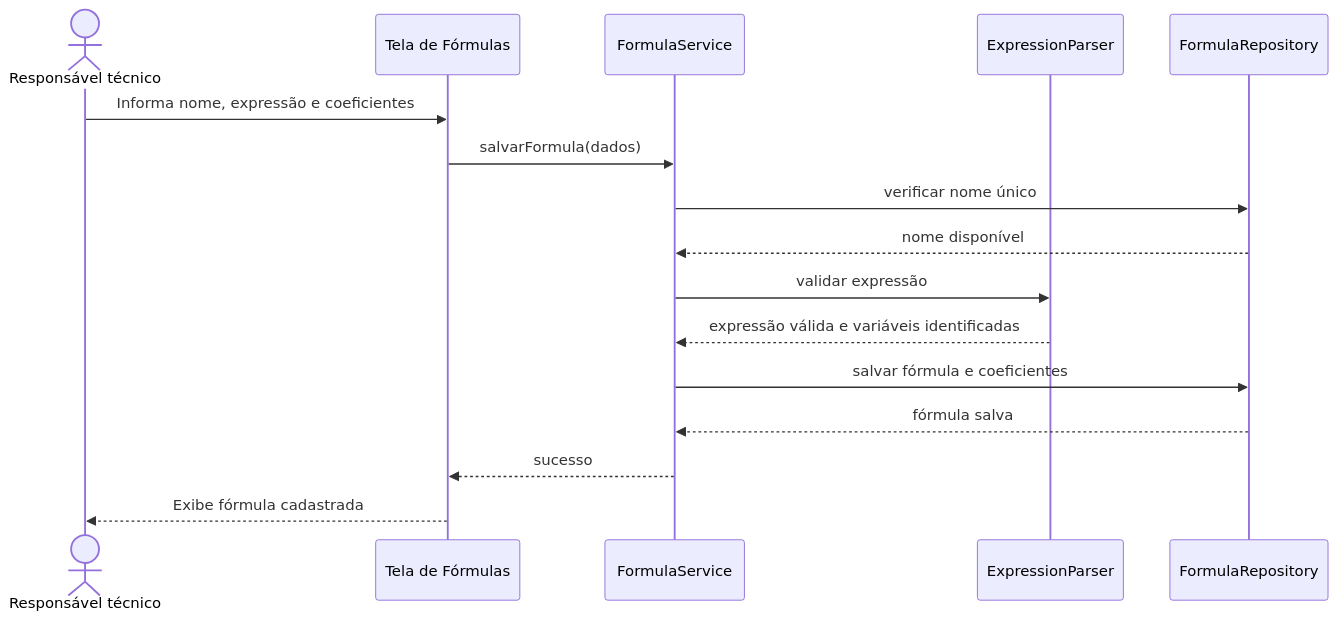
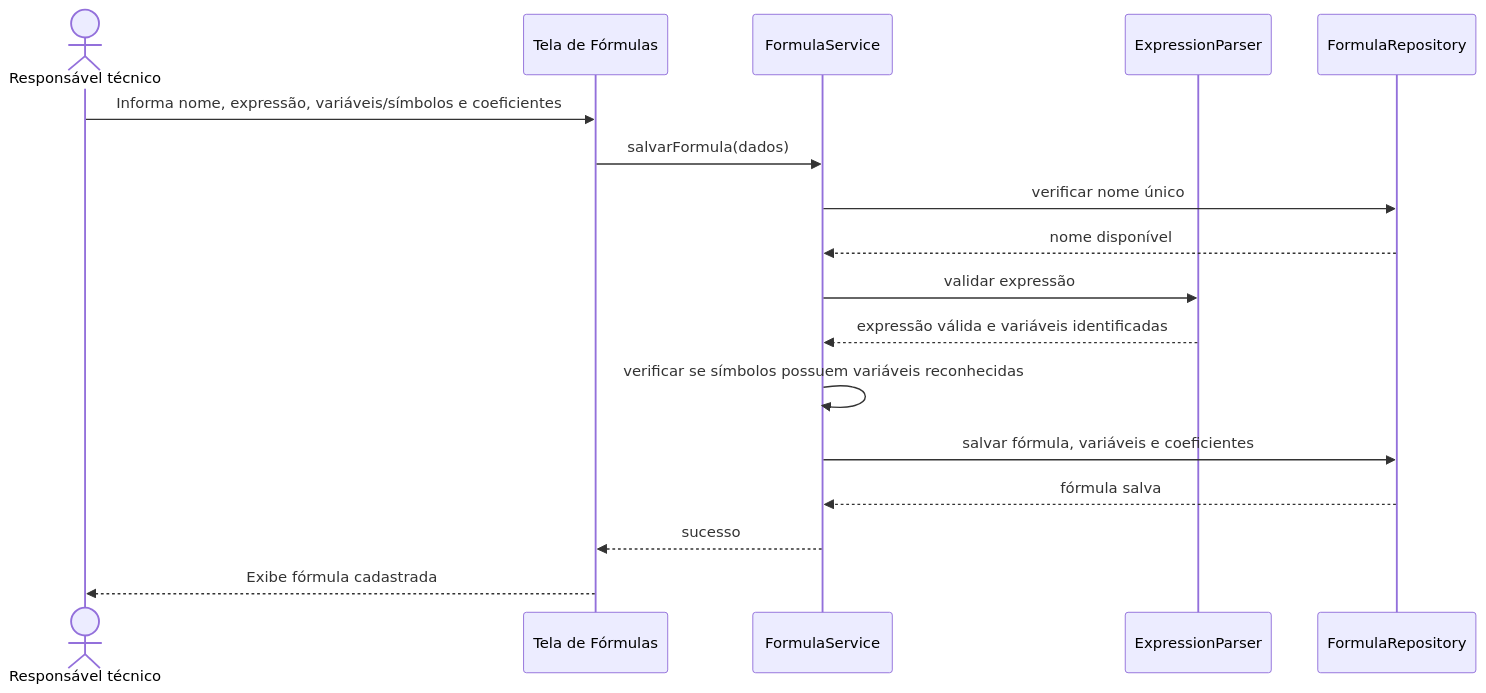
One commit to mateushernandes10-droid/dendro_mobile changed the ninth of 10 diagrams in tcc_codex_context/docs/ENGINEERING_MODELS.md. Above: the diagram before and after it, drawn with Mermaid. The commit also changed other lines of this file and 40 other files, not shown here.

````diff
--- a/tcc_codex_context/docs/ENGINEERING_MODELS.md
+++ b/tcc_codex_context/docs/ENGINEERING_MODELS.md
@@ -633,19 +759,20 @@
 ```mermaid
 sequenceDiagram
     actor Usuario as Responsável técnico
     participant Tela as Tela de Fórmulas
     participant Service as FormulaService
     participant Parser as ExpressionParser
     participant Repo as FormulaRepository
 
-    Usuario->>Tela: Informa nome, expressão e coeficientes
+    Usuario->>Tela: Informa nome, expressão, variáveis/símbolos e coeficientes
     Tela->>Service: salvarFormula(dados)
     Service->>Repo: verificar nome único
     Repo-->>Service: nome disponível
     Service->>Parser: validar expressão
     Parser-->>Service: expressão válida e variáveis identificadas
-    Service->>Repo: salvar fórmula e coeficientes
+    Service->>Service: verificar se símbolos possuem variáveis reconhecidas
+    Service->>Repo: salvar fórmula, variáveis e coeficientes
     Repo-->>Service: fórmula salva
     Service-->>Tela: sucesso
     Tela-->>Usuario: Exibe fórmula cadastrada
 ```
````
